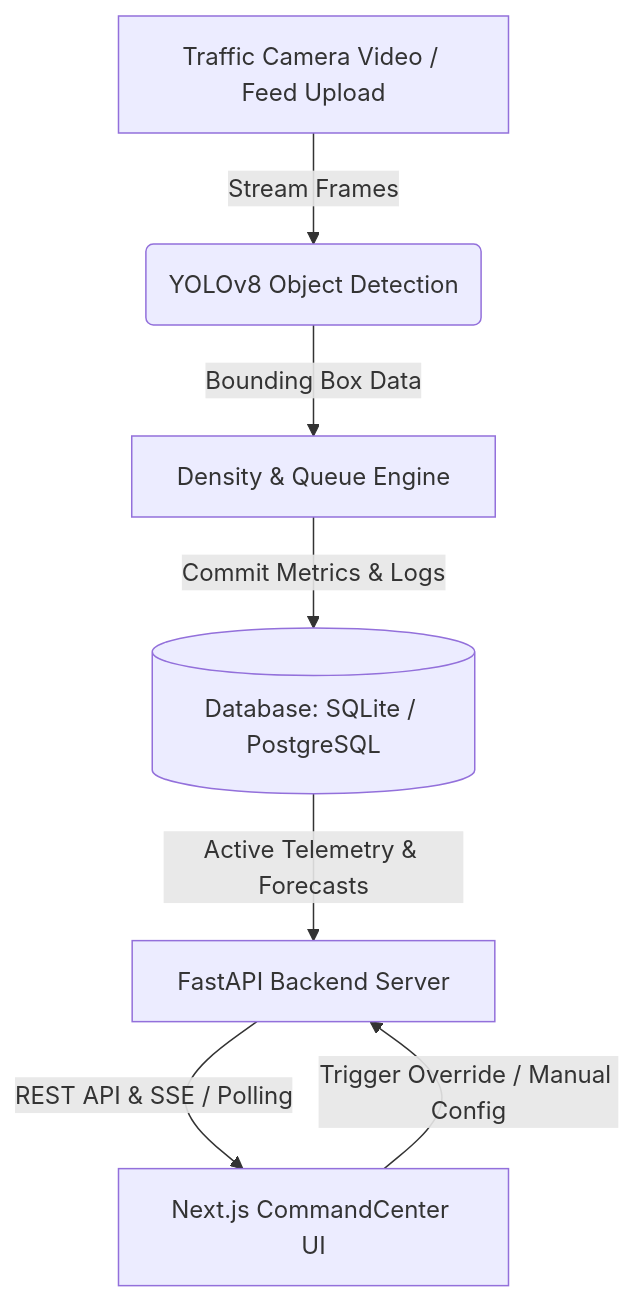
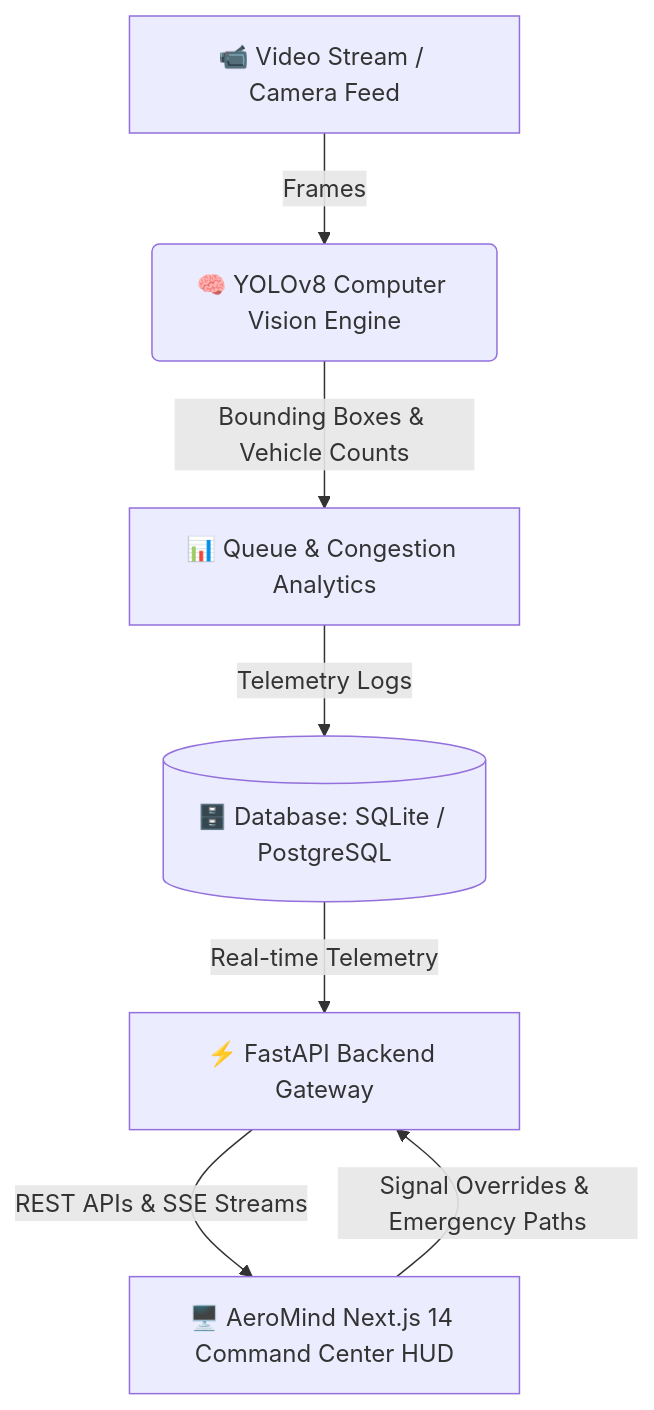
The diagram in README.md (vanshikarwt/AEROMIND-traffic-center), drawn with Mermaid before and after one commit. The commit also changed other lines of this file and 8 other files, not shown here.

Commit message:
feat: rename project to AeroMind Traffic Center and update README documentation

````diff
--- a/README.md
+++ b/README.md
@@ -22,9 +36,9 @@
 ```mermaid
 graph TD
-    A[Traffic Camera Video / Feed Upload] -->|Stream Frames| B(YOLOv8 Object Detection)
-    B -->|Bounding Box Data| C[Density & Queue Engine]
-    C -->|Commit Metrics & Logs| D[(Database: SQLite / PostgreSQL)]
-    D -->|Active Telemetry & Forecasts| E[FastAPI Backend Server]
-    E -->|REST API & SSE / Polling| F[Next.js CommandCenter UI]
-    F -->|Trigger Override / Manual Config| E
+    A[📹 Video Stream / Camera Feed] -->|Frames| B(🧠 YOLOv8 Computer Vision Engine)
+    B -->|Bounding Boxes & Vehicle Counts| C[📊 Queue & Congestion Analytics]
+    C -->|Telemetry Logs| D[(🗄️ Database: SQLite / PostgreSQL)]
+    D -->|Real-time Telemetry| E[⚡ FastAPI Backend Gateway]
+    E -->|REST APIs & SSE Streams| F[🖥️ AeroMind Next.js 14 Command Center HUD]
+    F -->|Signal Overrides & Emergency Paths| E
 ```
````
